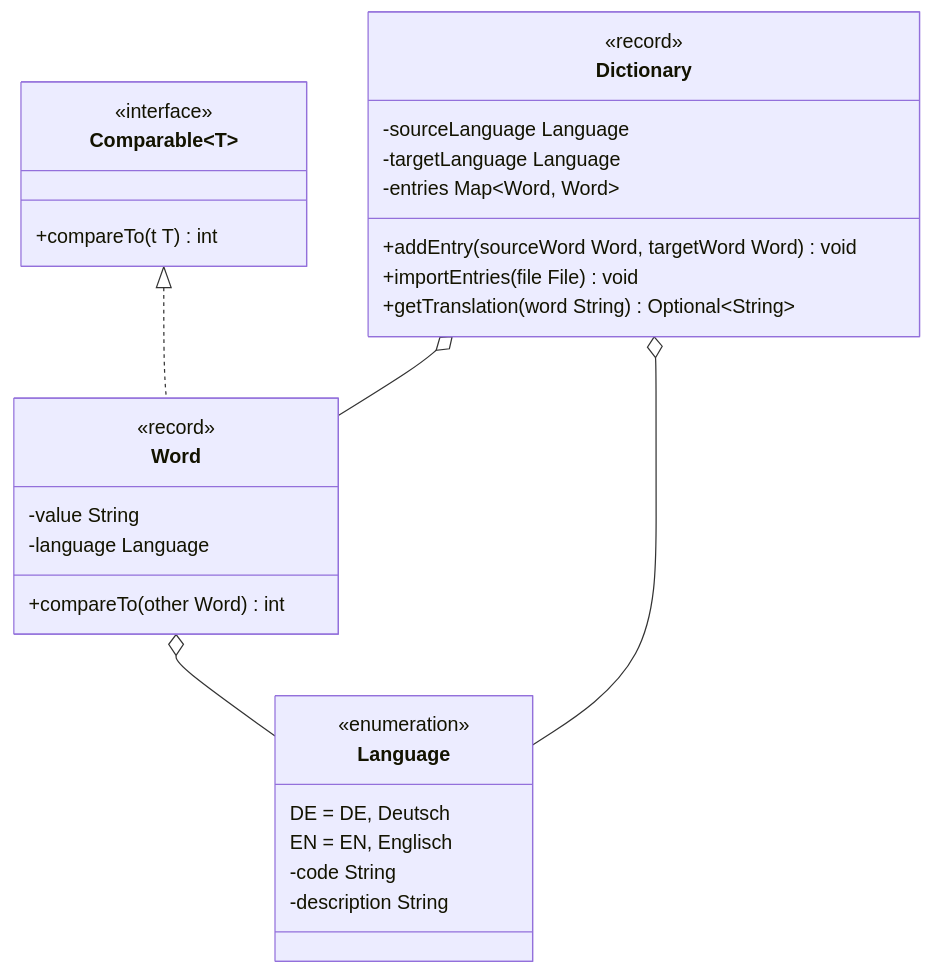
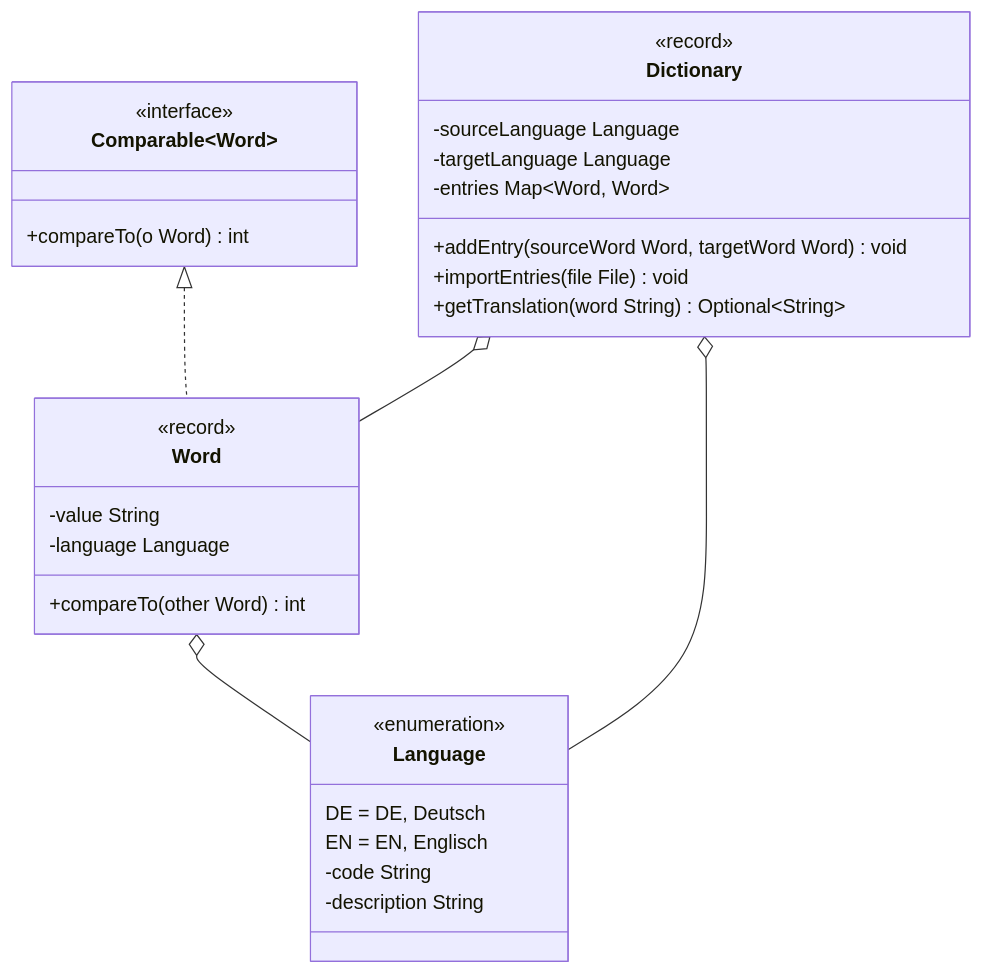
One commit to jappuccini/java-docs changed the diagram in docs/exam-exercises/exam-exercises-java2/dictionary.md. Above: the diagram before and after it, drawn with Mermaid. The commit also changed 17 other files, not shown here.

Commit message:
update cheatsheets, mermaids and test-classes

````diff
--- a/docs/exam-exercises/exam-exercises-java2/dictionary.md
+++ b/docs/exam-exercises/exam-exercises-java2/dictionary.md
@@ -13,37 +13,37 @@
 ```mermaid
 classDiagram
-    Comparable~T~ <|.. Word
+    Comparable~Word~ <|.. Word
     Word o-- Language
     Dictionary o-- Word
     Dictionary o-- Language
 
     class Word {
         <<record>>
         -value String
         -language Language
         +compareTo(other Word) int
     }
 
-    class Comparable~T~ {
+    class Comparable~Word~ {
         <<interface>>
-        +compareTo(t T) int
+        +compareTo(o Word) int
     }
 
     class Language {
         <<enumeration>>
         DE = DE, Deutsch
         EN = EN, Englisch
         -code String
         -description String
     }
 
     class Dictionary {
         <<record>>
         -sourceLanguage Language
         -targetLanguage Language
         -entries Map~Word&#44&#160Word~
         +addEntry(sourceWord Word, targetWord Word) void
         +importEntries(file File) void
         +getTranslation(word String) Optional~String~
     }
 ```
````
